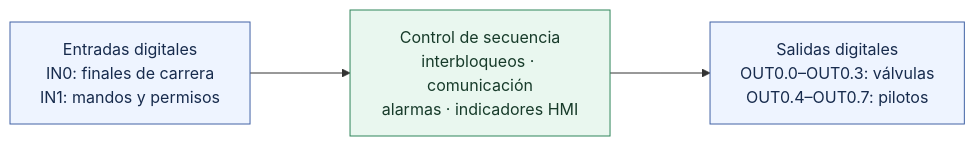
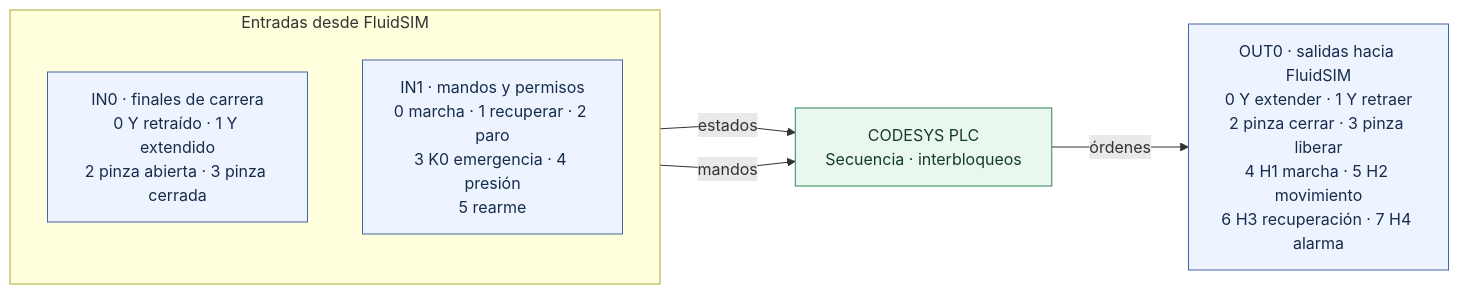
One commit to GinnethRubio/Mini-ASRS changed the diagram in docs/mapa_io_y_errores.md. Above: the diagram before and after it, drawn with Mermaid. The commit also changed other lines of this file and 3 other files, not shown here.

Commit message:
Improve I/O diagram and clean escaped newlines

````diff
--- a/docs/mapa_io_y_errores.md
+++ b/docs/mapa_io_y_errores.md
@@ -9,9 +9,18 @@
 ```mermaid
-%%{init: {"flowchart": {"htmlLabels": true, "nodeSpacing": 80, "rankSpacing": 100, "curve": "linear"}}}%%
+%%{init: {"flowchart": {"htmlLabels": true, "nodeSpacing": 55, "rankSpacing": 75, "curve": "linear"}}}%%
 flowchart LR
-    IN["Entradas digitales\nIN0: finales de carrera<br/>IN1: mandos y permisos"] --> PLC["Control de secuencia\ninterbloqueos · comunicación<br/>alarmas · indicadores HMI"] --> OUT["Salidas digitales\nOUT0.0–OUT0.3: válvulas<br/>OUT0.4–OUT0.7: pilotos"]
+    subgraph IN["Entradas desde FluidSIM"]
+        direction TB
+        IN0["IN0 · finales de carrera<br/>0 Y retraído · 1 Y extendido<br/>2 pinza abierta · 3 pinza cerrada"]
+        IN1["IN1 · mandos y permisos<br/>0 marcha · 1 recuperar · 2 paro<br/>3 K0 emergencia · 4 presión<br/>5 rearme"]
+    end
+    PLC["CODESYS PLC<br/>Secuencia · interbloqueos"]
+    OUT["OUT0 · salidas hacia FluidSIM<br/>0 Y extender · 1 Y retraer<br/>2 pinza cerrar · 3 pinza liberar<br/>4 H1 marcha · 5 H2 movimiento<br/>6 H3 recuperación · 7 H4 alarma"]
+    IN0 -->|"estados"| PLC
+    IN1 -->|"mandos"| PLC
+    PLC -->|"órdenes"| OUT
     classDef io fill:#eef4ff,stroke:#4263a5,color:#172b4d;
     classDef logic fill:#e9f7ef,stroke:#2f855a,color:#173b2a;
-    class IN,OUT io;
+    class IN0,IN1,OUT io;
     class PLC logic;
 ```
````
